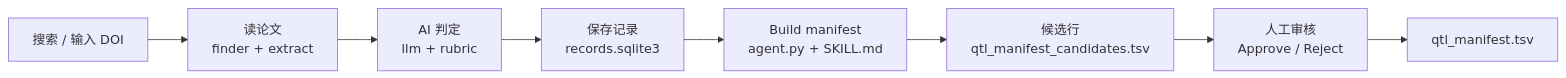
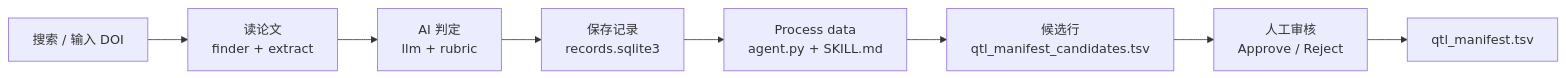
The diagram in docs/pipeline.md (liufei-f/dataqueryweb), drawn with Mermaid before and after one commit. The commit also changed other lines of this file and 44 other files, not shown here.

````diff
--- a/docs/pipeline.md
+++ b/docs/pipeline.md
@@ -19,10 +19,10 @@
 ```mermaid
 flowchart LR
   A[搜索 / 输入 DOI] --> B[读论文<br/>finder + extract]
   B --> C[AI 判定<br/>llm + rubric]
   C --> D[保存记录<br/>records.sqlite3]
-  D --> E[Build manifest<br/>agent.py + SKILL.md]
+  D --> E[Process data<br/>agent.py + SKILL.md]
   E --> F[候选行<br/>qtl_manifest_candidates.tsv]
   F --> G[人工审核<br/>Approve / Reject]
   G --> H[qtl_manifest.tsv]
 ```
````
